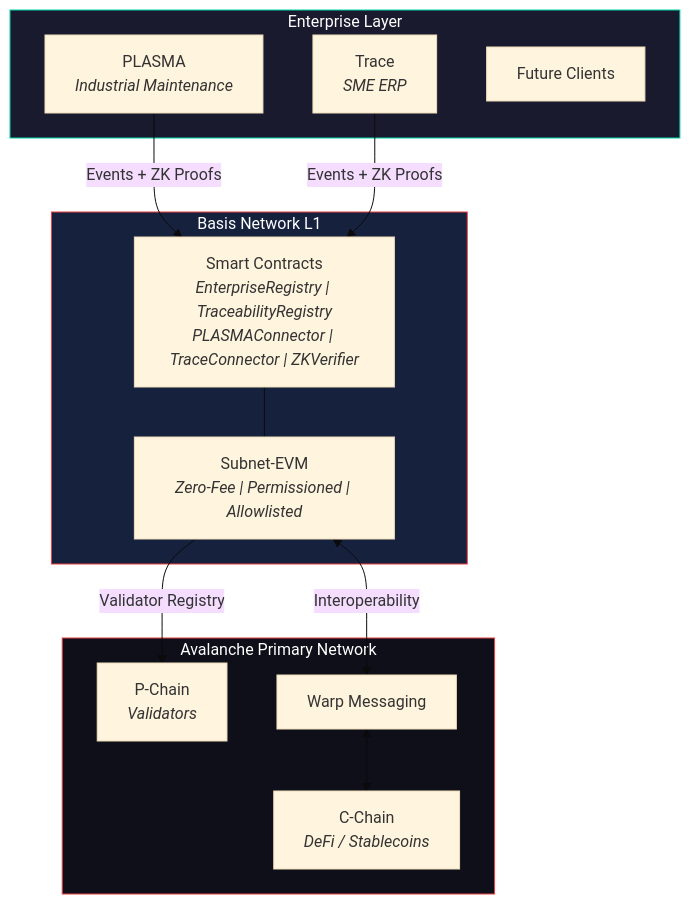
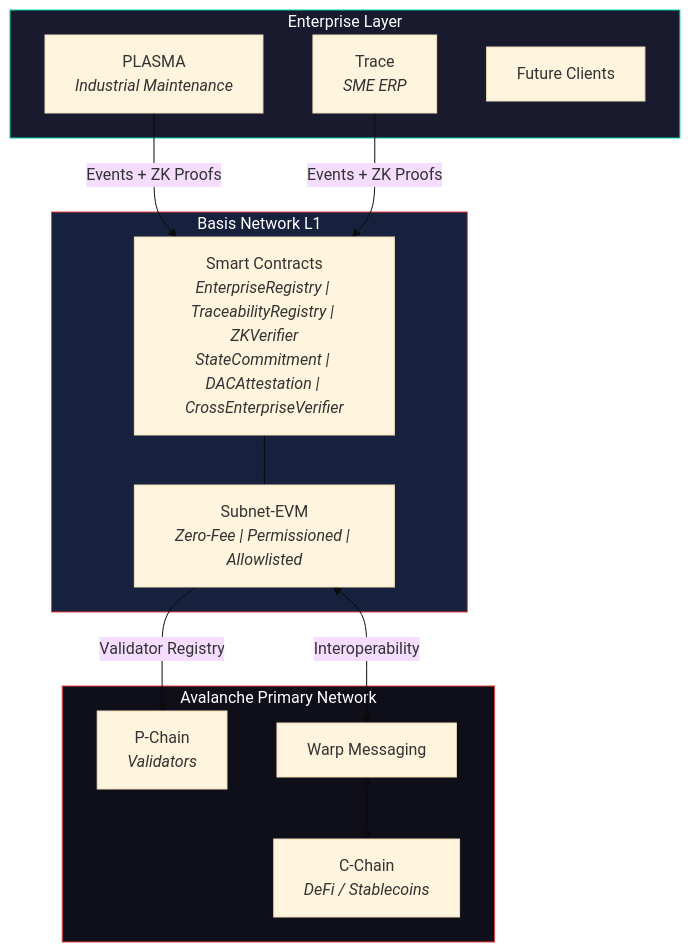
The first of 3 diagrams in README.md (sebastian-quintero-osorio/basis-network), drawn with Mermaid (base theme) before and after one commit. The commit also changed other lines of this file and 6 other files, not shown here.

First line of the commit message:
docs: update all documentation for generic L1 settlement architecture

````diff
--- a/README.md
+++ b/README.md
@@ -37,30 +37,30 @@
 ```mermaid
 graph TB
     subgraph L3["Enterprise Layer"]
         E1["PLASMA<br/><i>Industrial Maintenance</i>"]
         E2["Trace<br/><i>SME ERP</i>"]
         E3["Future Clients"]
     end
 
     subgraph L2["Basis Network L1"]
-        SC["Smart Contracts<br/><i>EnterpriseRegistry | TraceabilityRegistry<br/>PLASMAConnector | TraceConnector | ZKVerifier</i>"]
+        SC["Smart Contracts<br/><i>EnterpriseRegistry | TraceabilityRegistry | ZKVerifier<br/>StateCommitment | DACAttestation | CrossEnterpriseVerifier</i>"]
         VM["Subnet-EVM<br/><i>Zero-Fee | Permissioned | Allowlisted</i>"]
     end
 
     subgraph L1["Avalanche Primary Network"]
         PC["P-Chain<br/><i>Validators</i>"]
         CC["C-Chain<br/><i>DeFi / Stablecoins</i>"]
         AWM["Warp Messaging"]
     end
 
     E1 -->|"Events + ZK Proofs"| SC
     E2 -->|"Events + ZK Proofs"| SC
     SC --- VM
     VM -->|"Validator Registry"| PC
     VM <-->|"Interoperability"| AWM
     AWM <--> CC
 
     style L3 fill:#1a1a2e,stroke:#00d4aa,color:#fff
     style L2 fill:#16213e,stroke:#e84142,color:#fff
     style L1 fill:#0f0f1a,stroke:#e84142,color:#fff
 ```
````
